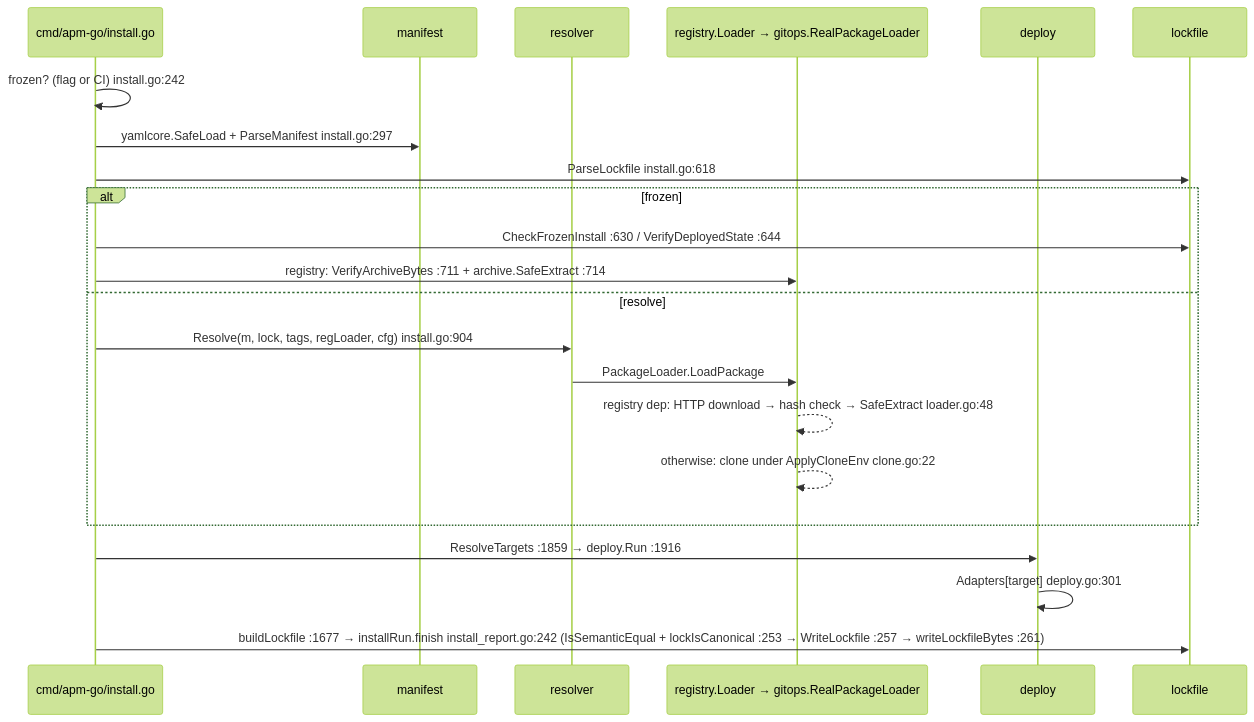
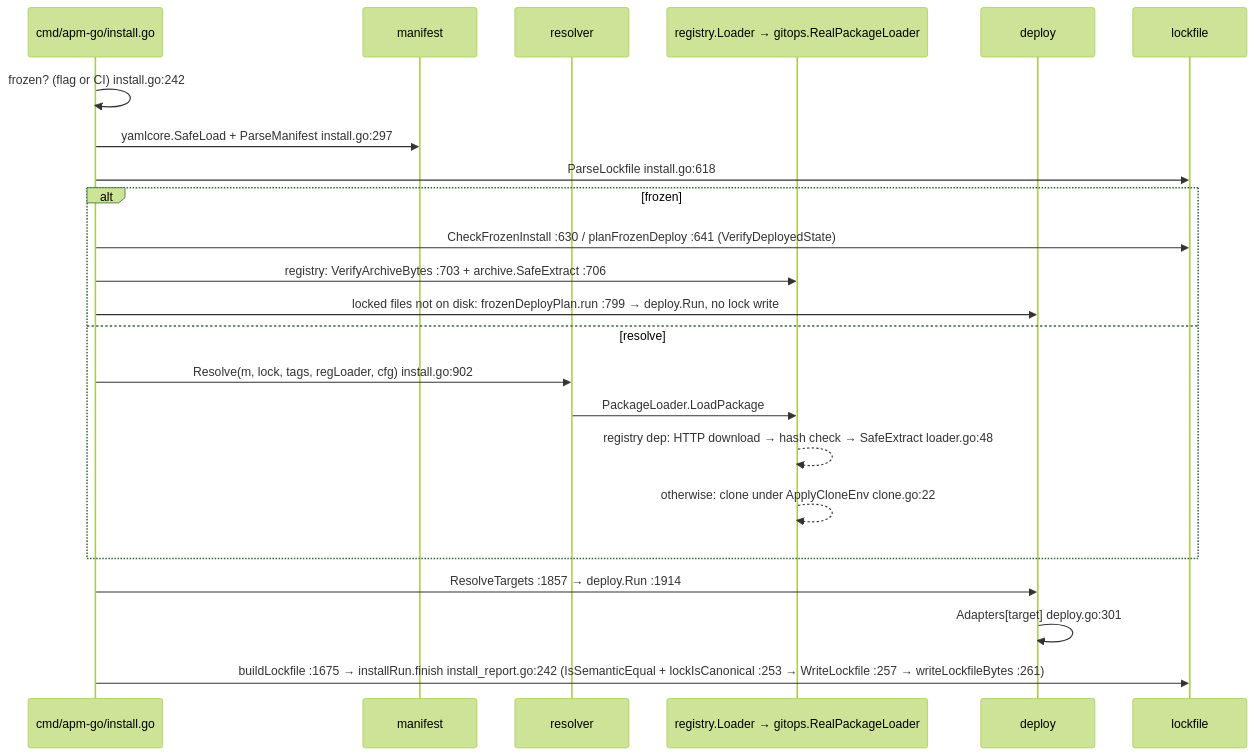
Before and after one commit to gn00678465/apm-go: the second of 4 diagrams in ARCHITECTURE.md, drawn with Mermaid (forest theme). The commit also changed other lines of this file and 7 other files, not shown here.

First line of the commit message:
fix(install): frozen install 在部署檔不存在時依 lock 部署

````diff
--- a/ARCHITECTURE.md
+++ b/ARCHITECTURE.md
@@ -80,24 +80,25 @@
 ```mermaid
 sequenceDiagram
   participant C as cmd/apm-go/install.go
   participant M as manifest
   participant R as resolver
   participant L as registry.Loader → gitops.RealPackageLoader
   participant D as deploy
   participant K as lockfile
   C->>C: frozen? (flag or CI) install.go:242
   C->>M: yamlcore.SafeLoad + ParseManifest install.go:297
   C->>K: ParseLockfile install.go:618
   alt frozen
-    C->>K: CheckFrozenInstall :630 / VerifyDeployedState :644
-    C->>L: registry: VerifyArchiveBytes :711 + archive.SafeExtract :714
+    C->>K: CheckFrozenInstall :630 / planFrozenDeploy :641 (VerifyDeployedState)
+    C->>L: registry: VerifyArchiveBytes :703 + archive.SafeExtract :706
+    C->>D: locked files not on disk: frozenDeployPlan.run :799 → deploy.Run, no lock write
   else resolve
-    C->>R: Resolve(m, lock, tags, regLoader, cfg) install.go:904
+    C->>R: Resolve(m, lock, tags, regLoader, cfg) install.go:902
     R->>L: PackageLoader.LoadPackage
     L-->>L: registry dep: HTTP download → hash check → SafeExtract loader.go:48
     L-->>L: otherwise: clone under ApplyCloneEnv clone.go:22
   end
-  C->>D: ResolveTargets :1859 → deploy.Run :1916
+  C->>D: ResolveTargets :1857 → deploy.Run :1914
   D->>D: Adapters[target] deploy.go:301
-  C->>K: buildLockfile :1677 → installRun.finish install_report.go:242 (IsSemanticEqual + lockIsCanonical :253 → WriteLockfile :257 → writeLockfileBytes :261)
+  C->>K: buildLockfile :1675 → installRun.finish install_report.go:242 (IsSemanticEqual + lockIsCanonical :253 → WriteLockfile :257 → writeLockfileBytes :261)
 ```
````
